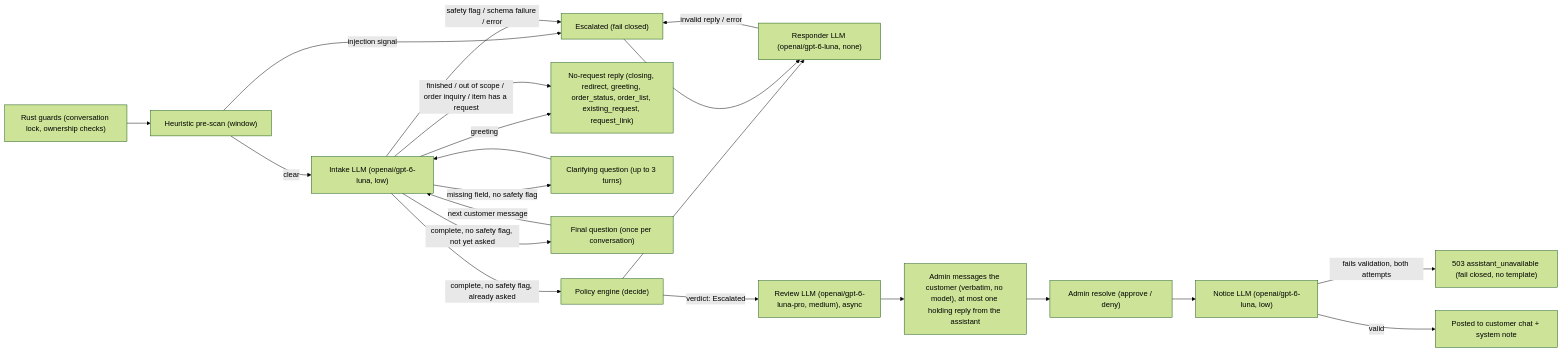
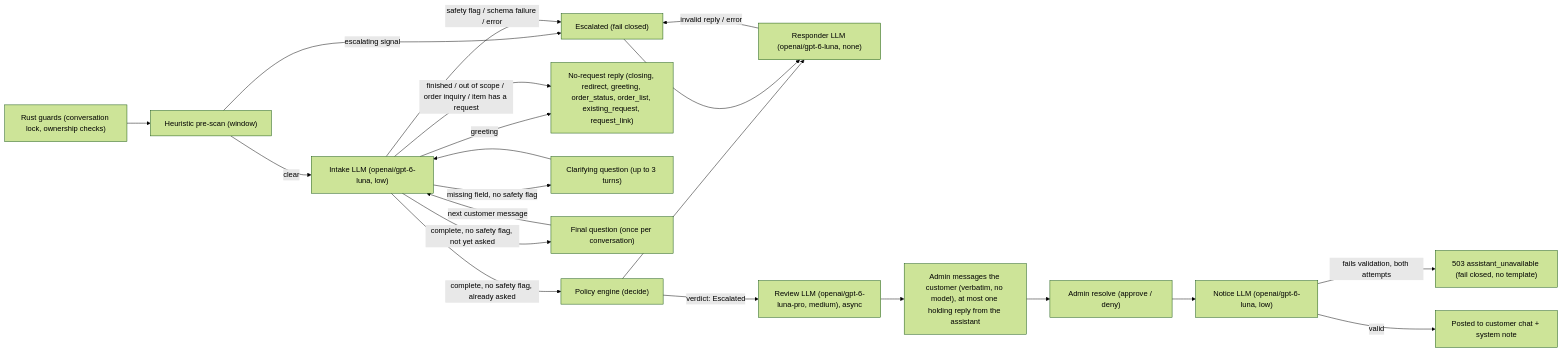
The first of 2 diagrams in README.md (allwelldotdev/wn-refund-ai), drawn with Mermaid (forest theme) before and after one commit. The commit also changed other lines of this file and 2 other files, not shown here.

````diff
--- a/README.md
+++ b/README.md
@@ -92,23 +92,23 @@
 ```mermaid
 flowchart LR
     guards["Rust guards (conversation lock, ownership checks)"] --> prescan["Heuristic pre-scan (window)"]
-    prescan -- "injection signal" --> escalated["Escalated (fail closed)"]
+    prescan -- "escalating signal" --> escalated["Escalated (fail closed)"]
     prescan -- "clear" --> intake["Intake LLM (openai/gpt-6-luna, low)"]
     intake -- "safety flag / schema failure / error" --> escalated
     intake -- "greeting" --> noreq["No-request reply (closing, redirect, greeting, order_status, order_list, existing_request, request_link)"]
     intake -- "finished / out of scope / order inquiry / item has a request" --> noreq
     intake -- "missing field, no safety flag" --> clarify["Clarifying question (up to 3 turns)"]
     clarify --> intake
     intake -- "complete, no safety flag, not yet asked" --> finalcheck["Final question (once per conversation)"]
     finalcheck -- "next customer message" --> intake
     intake -- "complete, no safety flag, already asked" --> policy["Policy engine (decide)"]
     policy --> responder["Responder LLM (openai/gpt-6-luna, none)"]
     responder -- "invalid reply / error" --> escalated
     escalated --> responder
     policy -- "verdict: Escalated" --> review["Review LLM (openai/gpt-6-luna-pro, medium), async"]
     review --> adminchat["Admin messages the customer (verbatim, no model), at most one holding reply from the assistant"]
     adminchat --> adminresolve["Admin resolve (approve / deny)"]
     adminresolve --> notice["Notice LLM (openai/gpt-6-luna, low)"]
     notice -- "fails validation, both attempts" --> unavailable["503 assistant_unavailable (fail closed, no template)"]
     notice -- "valid" --> customer["Posted to customer chat + system note"]
 ```
````
